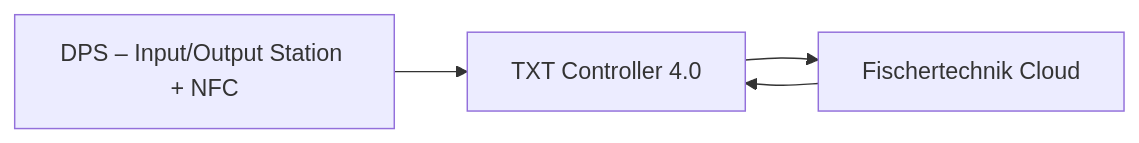
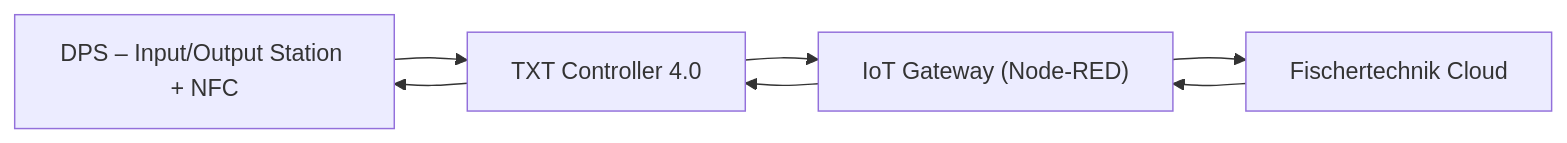
Before and after one commit to Youss-elji/my-vault: the first of 2 diagrams in microfactory-fischertechnik/02_Componenti_Hardware/02.6_DPS_Input_Output_NFC.md.md, drawn with Mermaid. The commit also changed other lines of this file and 15 other files, not shown here.

````diff
--- a/microfactory-fischertechnik/02_Componenti_Hardware/02.6_DPS_Input_Output_NFC.md.md
+++ b/microfactory-fischertechnik/02_Componenti_Hardware/02.6_DPS_Input_Output_NFC.md.md
@@ -68,10 +89,15 @@
 ```mermaid
 flowchart LR
-  DPS["DPS – Input/Output Station + NFC"]
-  TXT["TXT Controller 4.0"]
-  CLOUD["Fischertechnik Cloud"]
+    DPS["DPS – Input/Output Station + NFC"]
+    TXT["TXT Controller 4.0"]
+    GW["IoT Gateway (Node-RED)"]
+    CLOUD["Fischertechnik Cloud"]
 
-  DPS --> TXT
-  TXT --> CLOUD
-  CLOUD --> TXT
+    DPS --> TXT
+    TXT --> GW
+    GW --> CLOUD
+    CLOUD --> GW
+    GW --> TXT
+    TXT --> DPS
+
 ```
````
